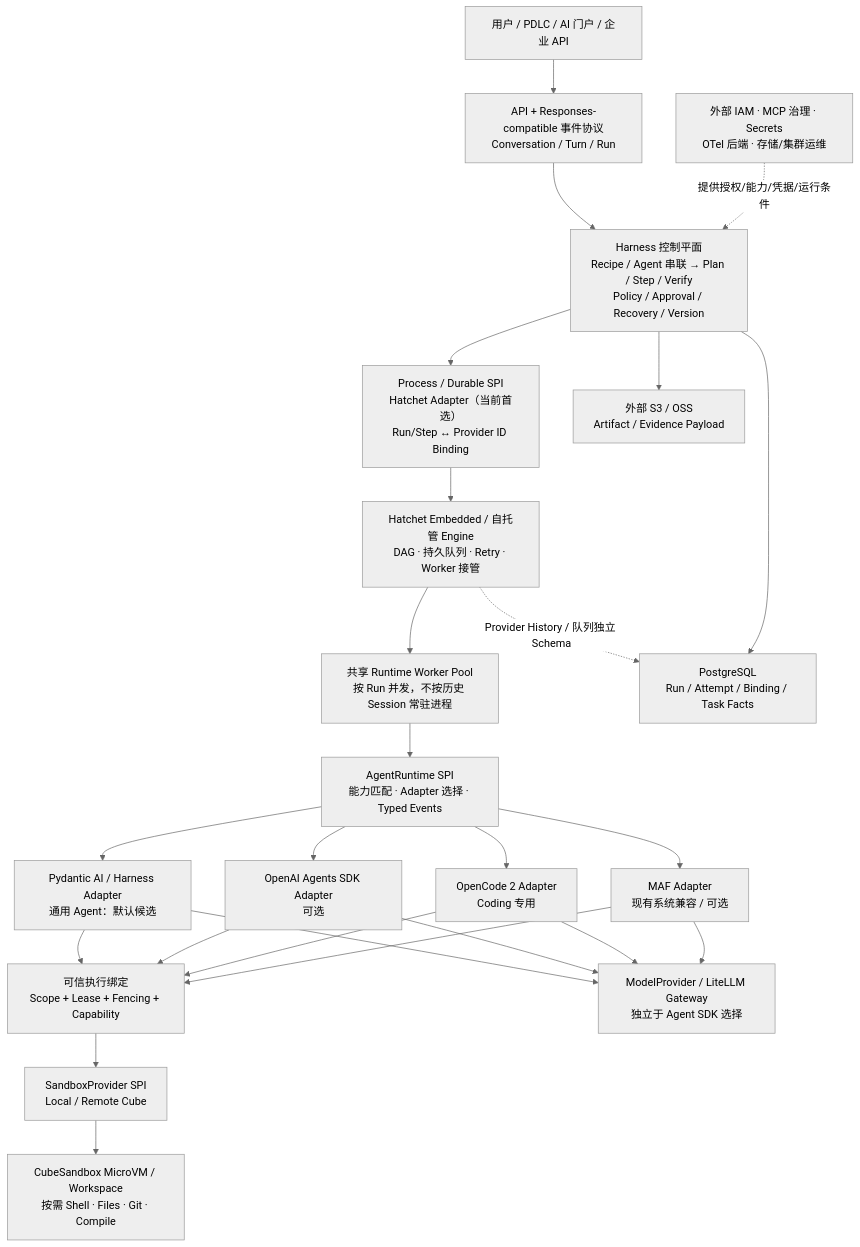
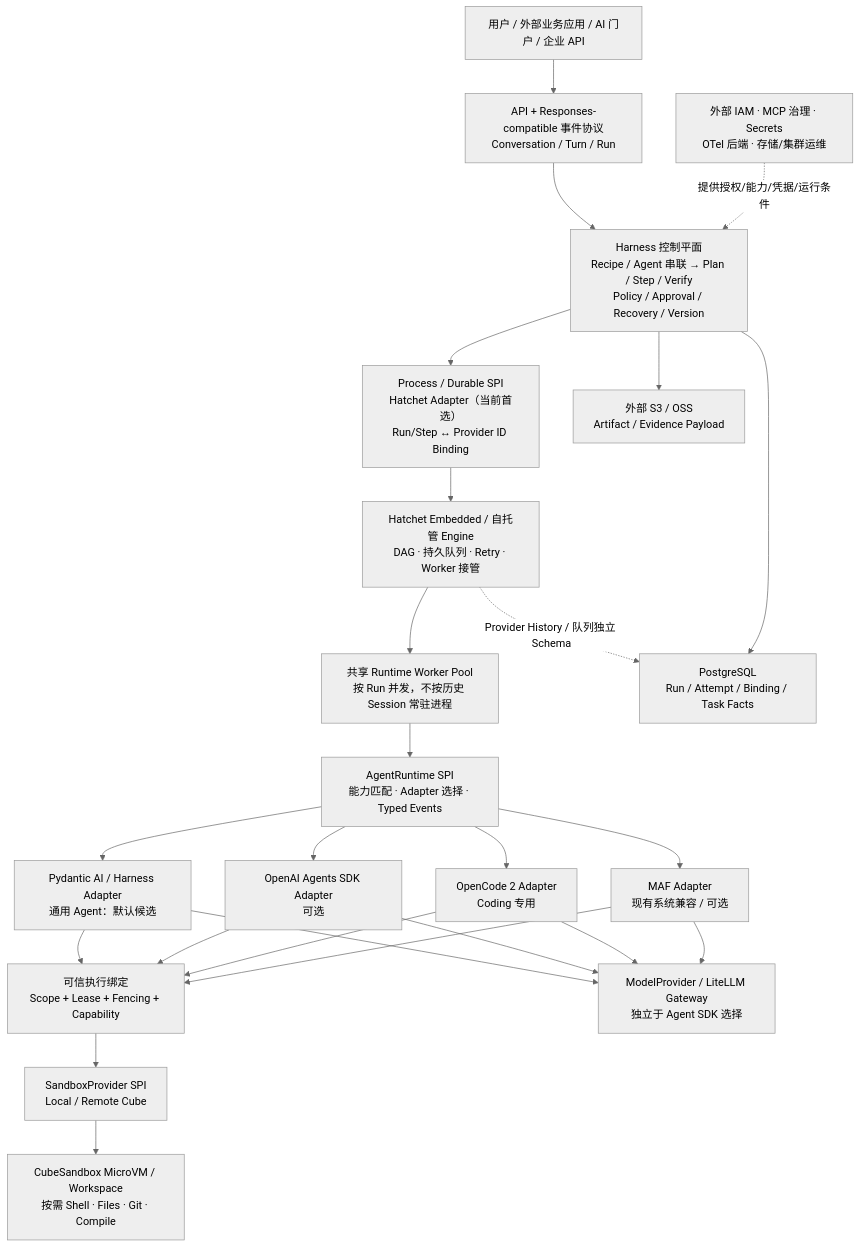
The second of 11 diagrams in README.md (Bulls1986/Agent-Harness-Platform), drawn with Mermaid (neutral theme) before and after one commit. The commit also changed other lines of this file and 50 other files, not shown here.

````diff
--- a/README.md
+++ b/README.md
@@ -123,29 +123,29 @@
 ```mermaid
 flowchart TB
-    U["用户 / PDLC / AI 门户 / 企业 API"]
+    U["用户 / 外部业务应用 / AI 门户 / 企业 API"]
     API["API + Responses-compatible 事件协议\nConversation / Turn / Run"]
     CP["Harness 控制平面\nRecipe / Agent 串联 → Plan / Step / Verify\nPolicy / Approval / Recovery / Version"]
     SPI["AgentRuntime SPI\n能力匹配 · Adapter 选择 · Typed Events"]
     POOL["共享 Runtime Worker Pool\n按 Run 并发，不按历史 Session 常驻进程"]
     PY["Pydantic AI / Harness Adapter\n通用 Agent：默认候选"]
     OAI["OpenAI Agents SDK Adapter\n可选"]
     OC["OpenCode 2 Adapter\nCoding 专用"]
     MAF["MAF Adapter\n现有系统兼容 / 可选"]
     BOUND["可信执行绑定\nScope + Lease + Fencing + Capability"]
     SB["SandboxProvider SPI\nLocal / Remote Cube"]
     VM["CubeSandbox MicroVM / Workspace\n按需 Shell · Files · Git · Compile"]
     DUR["Process / Durable SPI\nHatchet Adapter（当前首选）\nRun/Step ↔ Provider ID Binding"]
     HAT["Hatchet Embedded / 自托管 Engine\nDAG · 持久队列 · Retry · Worker 接管"]
     STATE["PostgreSQL\nRun / Attempt / Binding / Task Facts"]
     OSS["外部 S3 / OSS\nArtifact / Evidence Payload"]
     MOD["ModelProvider / LiteLLM Gateway\n独立于 Agent SDK 选择"]
     EXT["外部 IAM · MCP 治理 · Secrets\nOTel 后端 · 存储/集群运维"]
     U --> API --> CP --> DUR --> HAT --> POOL --> SPI
     SPI --> PY & OAI & OC & MAF
     PY & OAI & OC & MAF --> BOUND --> SB --> VM
     PY & OAI & OC & MAF --> MOD
     HAT -. "Provider History / 队列独立 Schema" .-> STATE
     CP --> STATE
     CP --> OSS
     EXT -. "提供授权/能力/凭据/运行条件" .-> CP
 ```
````
